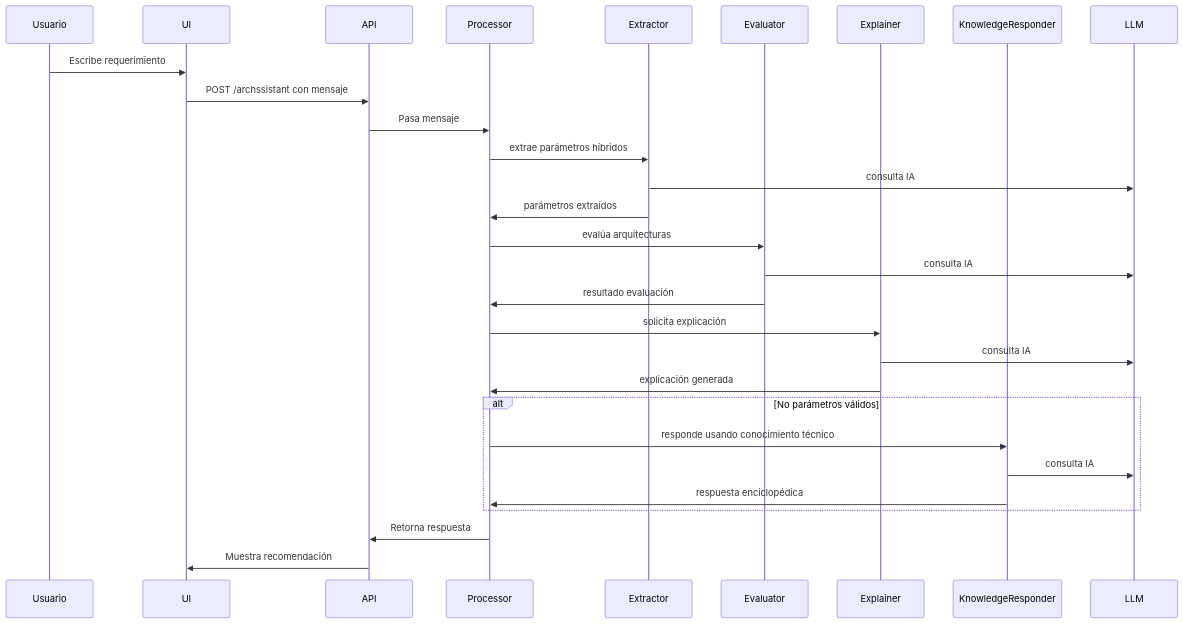
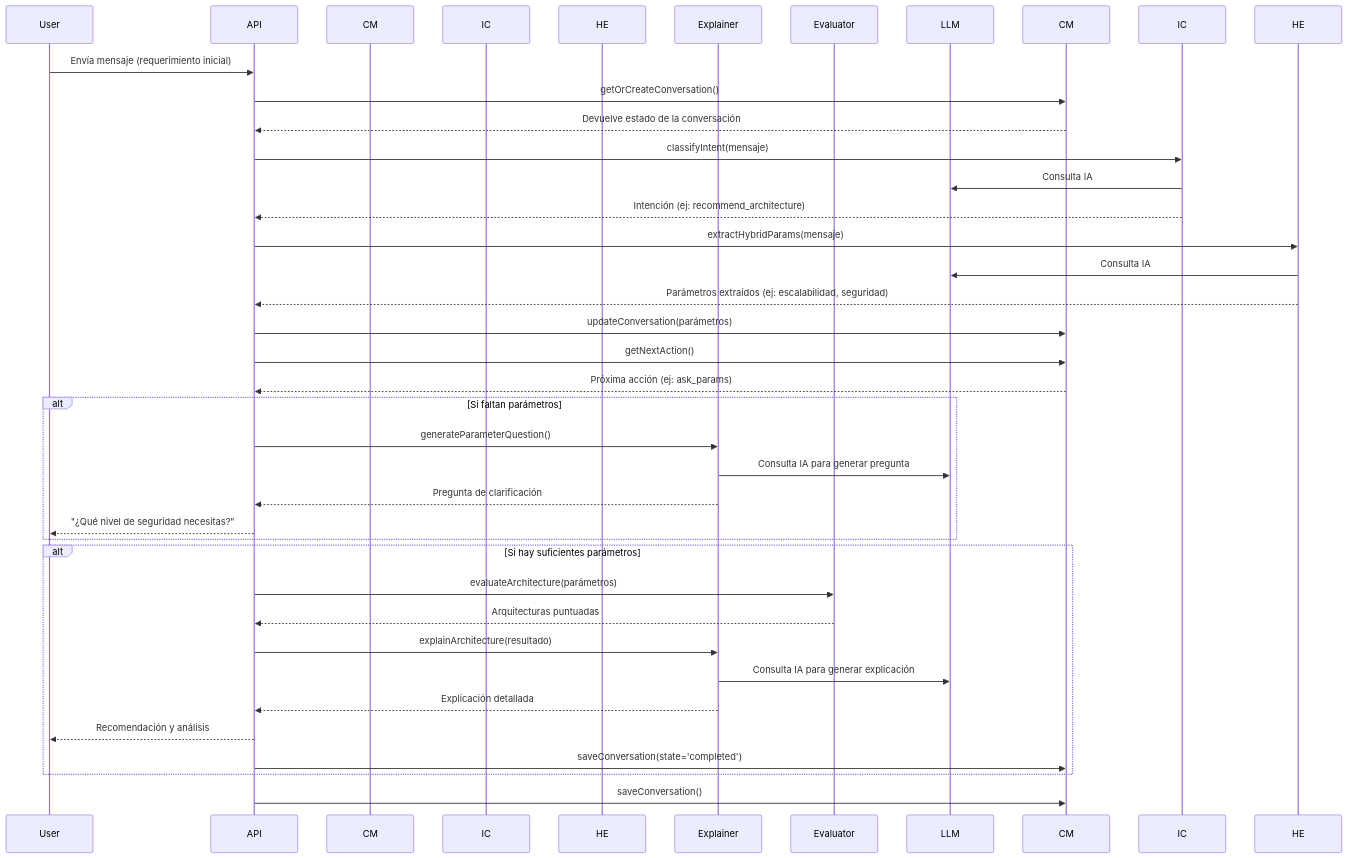
The second of 2 diagrams in README.md (spuentesp/archssistant), drawn with Mermaid before and after one commit. The commit also changed other lines of this file, not shown here.

Commit message:
feat: Update README.md with enhanced architecture diagrams and processing flow

````diff
--- a/README.md
+++ b/README.md
@@ -35,32 +66,46 @@
 ```mermaid
 sequenceDiagram
-  participant Usuario
-  participant UI
-  participant API
-  participant Processor
-  participant Extractor
-  participant Evaluator
-  participant Explainer
-  participant KnowledgeResponder
-  participant LLM
+    participant User
+    participant API
+    participant ConversationManager as CM
+    participant IntentClassifier as IC
+    participant HybridExtractor as HE
+    participant Explainer
+    participant Evaluator
+    participant LLM
 
-  Usuario->>UI: Escribe requerimiento
-  UI->>API: POST /archssistant con mensaje
-  API->>Processor: Pasa mensaje
-  Processor->>Extractor: extrae parámetros híbridos
-  Extractor->>LLM: consulta IA
-  Extractor->>Processor: parámetros extraídos
-  Processor->>Evaluator: evalúa arquitecturas
-  Evaluator->>LLM: consulta IA
-  Evaluator->>Processor: resultado evaluación
-  Processor->>Explainer: solicita explicación
-  Explainer->>LLM: consulta IA
-  Explainer->>Processor: explicación generada
-  alt No parámetros válidos
-    Processor->>KnowledgeResponder: responde usando conocimiento técnico
-    KnowledgeResponder->>LLM: consulta IA
-    KnowledgeResponder->>Processor: respuesta enciclopédica
-  end
-  Processor->>API: Retorna respuesta
-  API->>UI: Muestra recomendación
+    User->>API: Envía mensaje (requerimiento inicial)
+    API->>CM: getOrCreateConversation()
+    CM-->>API: Devuelve estado de la conversación
+
+    API->>IC: classifyIntent(mensaje)
+    IC->>LLM: Consulta IA
+    IC-->>API: Intención (ej: recommend_architecture)
+
+    API->>HE: extractHybridParams(mensaje)
+    HE->>LLM: Consulta IA
+    HE-->>API: Parámetros extraídos (ej: escalabilidad, seguridad)
+
+    API->>CM: updateConversation(parámetros)
+    API->>CM: getNextAction()
+    CM-->>API: Próxima acción (ej: ask_params)
+
+    alt Si faltan parámetros
+        API->>Explainer: generateParameterQuestion()
+        Explainer->>LLM: Consulta IA para generar pregunta
+        Explainer-->>API: Pregunta de clarificación
+        API-->>User: "¿Qué nivel de seguridad necesitas?"
+    end
+
+    alt Si hay suficientes parámetros
+        API->>Evaluator: evaluateArchitecture(parámetros)
+        Evaluator-->>API: Arquitecturas puntuadas
+        API->>Explainer: explainArchitecture(resultado)
+        Explainer->>LLM: Consulta IA para generar explicación
+        Explainer-->>API: Explicación detallada
+        API-->>User: Recomendación y análisis
+        API->>CM: saveConversation(state='completed')
+    end
+    
+    API->>CM: saveConversation()
 ```
````
